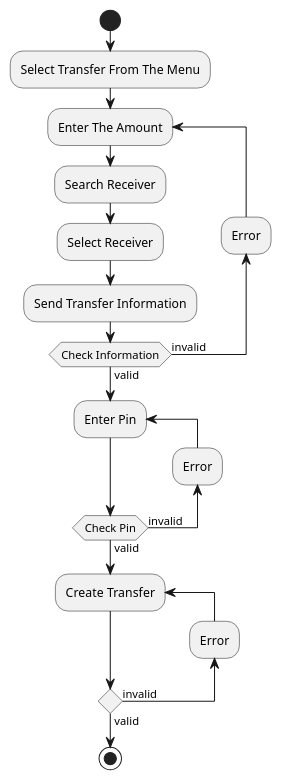
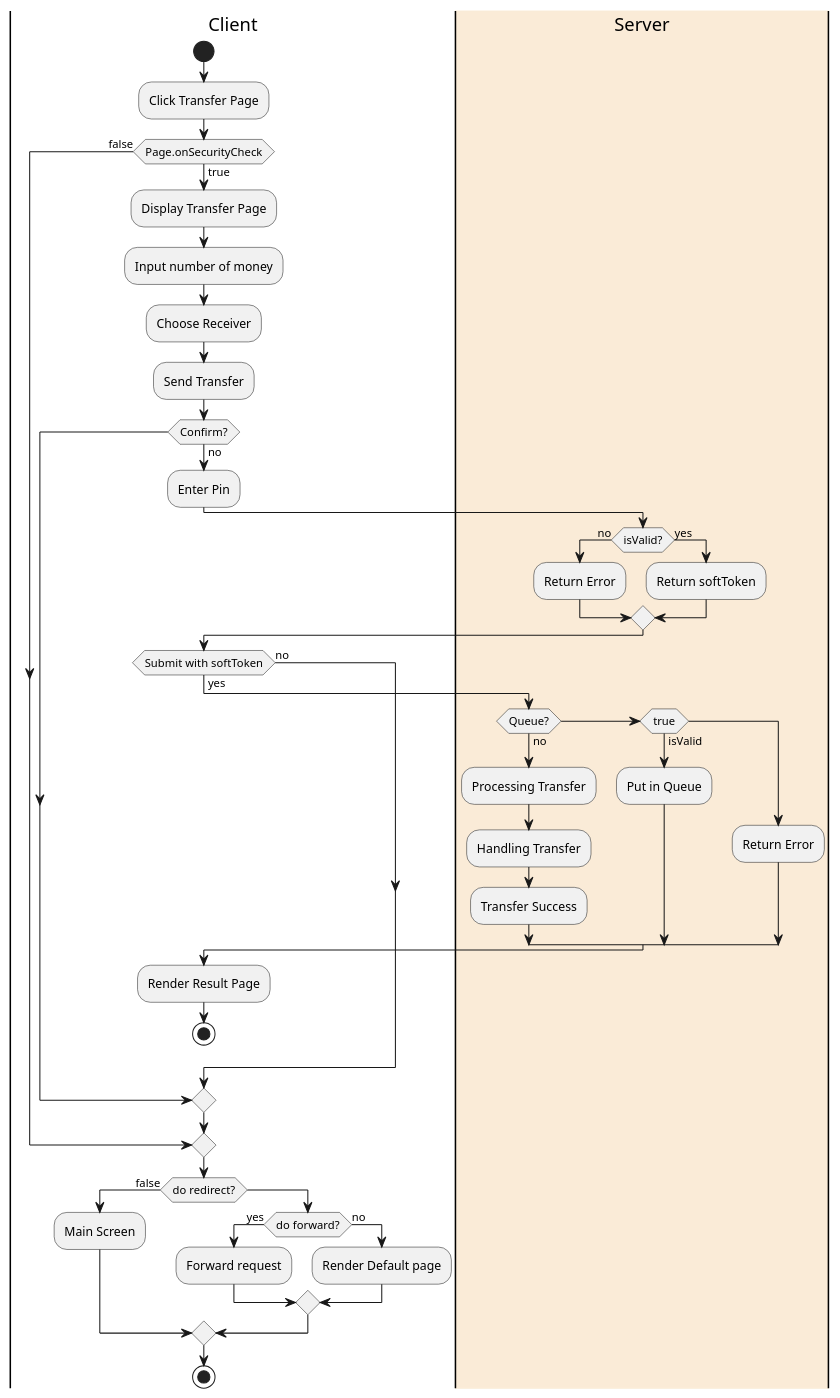
The diagram in documents/uml/system design/activity_transfer_diagram.puml (ntan1902/hey-app), drawn with PlantUML before and after one commit. The commit also changed other lines of this file and 7 other files, not shown here.

Commit message:
Activity Diagram, Component Diagram Co-authored-by: ntan1902 <ntan1902@users.noreply.github.com> Co-authored-by: Vo Ngoc Trong <Ngoctrong102@users.noreply.github.com>

```diff
--- a/documents/uml/system design/activity_transfer_diagram.puml
+++ b/documents/uml/system design/activity_transfer_diagram.puml
@@ -2,25 +1,50 @@
 @startuml
-
-!pragma useVerticalIf on
-
+|Client|
 start
-
-    :Select Transfer From The Menu;
-    repeat :Enter The Amount;
-    :Search Receiver;
-    :Select Receiver;
-    :Send Transfer Information; 
-    backward :Error;
-    repeat while (Check Information) is (invalid) not (valid)
-
-    repeat :Enter Pin;
-    backward :Error;
-    repeat while (Check Pin) is (invalid) not (valid)
-
-    repeat :Create Transfer;
-    backward :Error;
-    repeat while () is (invalid) not (valid)
+:Click Transfer Page;
+if (Page.onSecurityCheck) then (true)
+  :Display Transfer Page;
+  :Input number of money;
+  :Choose Receiver;
+  :Send Transfer;
+  if (Confirm?) then (no)
+    :Enter Pin;
+    |#AntiqueWhite|Server|
+    if (isValid?) then (no)
+      :Return Error;
+    else (yes)
+      :Return softToken;
+    endif 
+    |Client|
+    if (Submit with softToken) then (yes)
+      |#AntiqueWhite|Server|
+      if (Queue?) then (no)
+        :Processing Transfer;
+        :Handling Transfer;
+        :Transfer Success;
+      elseif (true) then (isValid)
+        :Put in Queue;
+      else 
+        :Return Error;
+      endif 
+      |Client|
+      :Render Result Page;
+      stop
+    else (no)
+    endif
+  endif
+else (false)
+endif
+|Client|
+if (do redirect?) then (false)
+  :Main Screen;
+else
+  if (do forward?) then (yes)
+    :Forward request;
+  else (no)
+    :Render Default page;
+  endif
+endif
 
 stop
-
 @enduml
```
